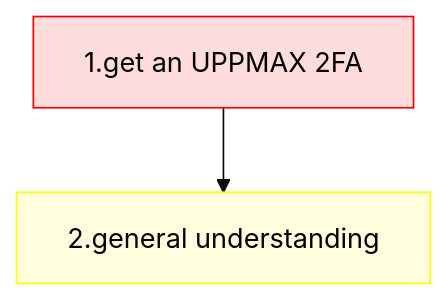
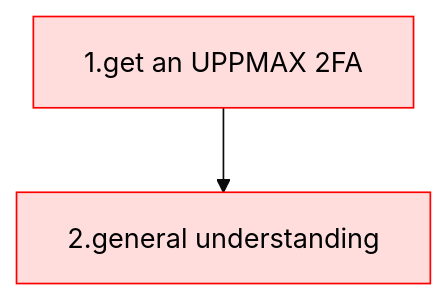
The diagram in docs/login.md (UPPMAX/bianca_workshop), drawn with Mermaid (base theme) before and after one commit.

Commit message:
Do do general questions

````diff
--- a/docs/login.md
+++ b/docs/login.md
@@ -91,11 +91,11 @@
 ```mermaid
 flowchart TD
 
   classDef minimal_node fill:#fdd,color:#000,stroke:#f00
   classDef extra_node fill:#ffd,color:#000,stroke:#ff0
 
   exercise_1[1.get an UPPMAX 2FA]:::minimal_node
-  exercise_2[2.general understanding]:::extra_node
+  exercise_2[2.general understanding]:::minimal_node
 
   exercise_1 --> exercise_2
 ```
````
